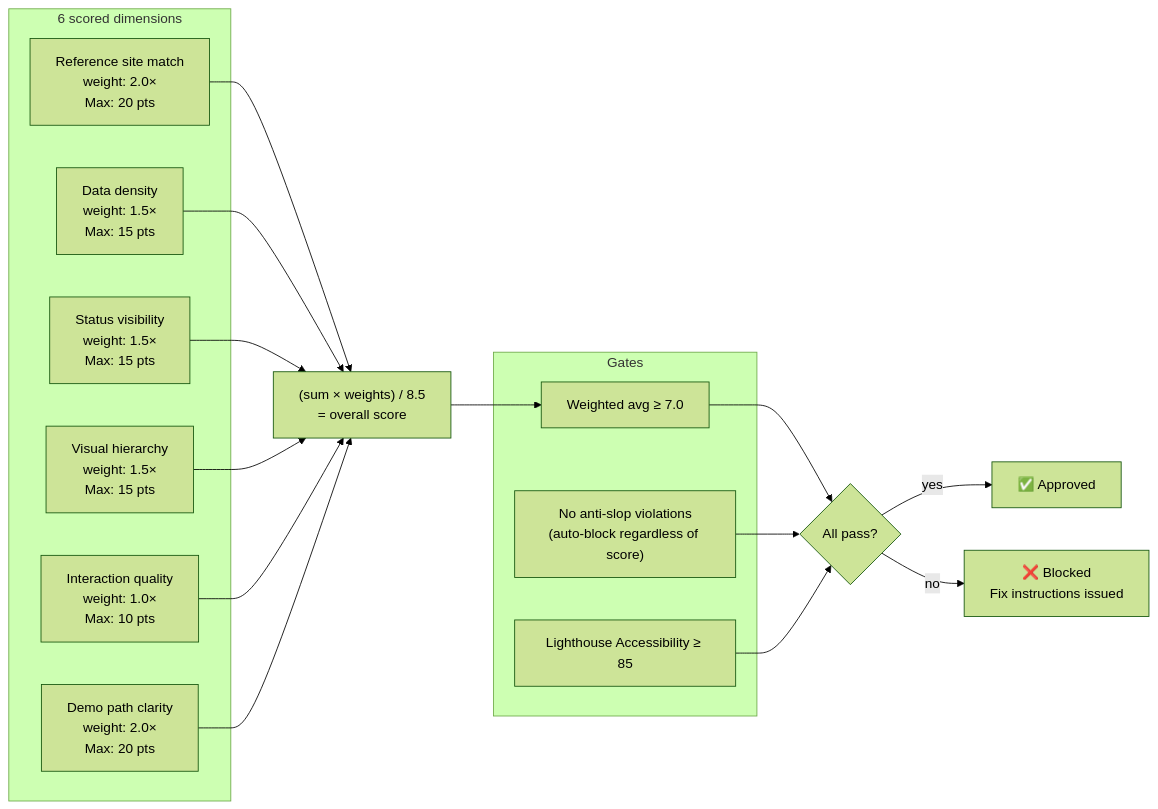
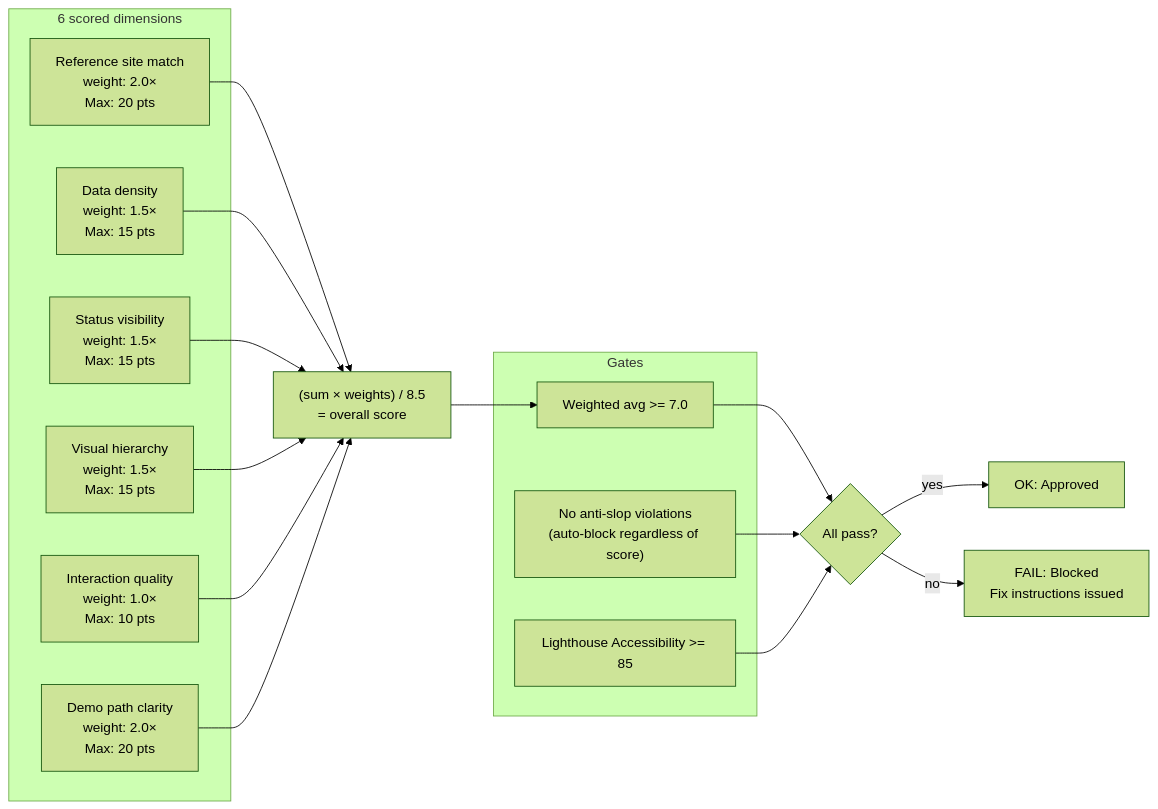
One commit to snowby666/forge changed the sixth of 9 diagrams in docs/05-design-constitution.md. Above: the diagram before and after it, drawn with Mermaid (forest theme). The commit also changed other lines of this file and 7 other files, not shown here.

````diff
--- a/docs/05-design-constitution.md
+++ b/docs/05-design-constitution.md
@@ -162,23 +162,23 @@
 ```mermaid
 graph LR
     subgraph DIMS["6 scored dimensions"]
         D1["Reference site match\nweight: 2.0×\nMax: 20 pts"]
         D2["Data density\nweight: 1.5×\nMax: 15 pts"]
         D3["Status visibility\nweight: 1.5×\nMax: 15 pts"]
         D4["Visual hierarchy\nweight: 1.5×\nMax: 15 pts"]
         D5["Interaction quality\nweight: 1.0×\nMax: 10 pts"]
         D6["Demo path clarity\nweight: 2.0×\nMax: 20 pts"]
     end
 
     subgraph GATES["Gates"]
-        G1["Weighted avg ≥ 7.0"]
+        G1["Weighted avg >= 7.0"]
         G2["No anti-slop violations\n(auto-block regardless of score)"]
-        G3["Lighthouse Accessibility ≥ 85"]
+        G3["Lighthouse Accessibility >= 85"]
     end
 
     D1 & D2 & D3 & D4 & D5 & D6 --> CALC["(sum × weights) / 8.5\n= overall score"]
     CALC --> G1
     G1 & G2 & G3 --> RESULT{"All pass?"}
-    RESULT -->|yes| APPROVE["✅ Approved"]
-    RESULT -->|no| BLOCK["❌ Blocked\nFix instructions issued"]
+    RESULT -->|yes| APPROVE["OK: Approved"]
+    RESULT -->|no| BLOCK["FAIL: Blocked\nFix instructions issued"]
 ```
````
